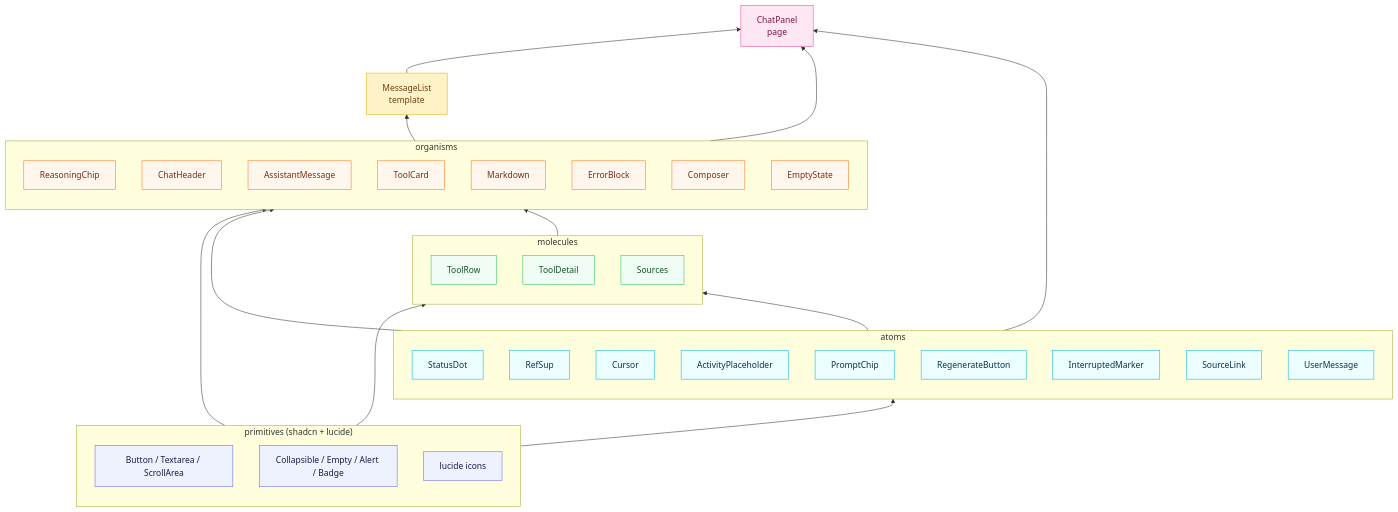
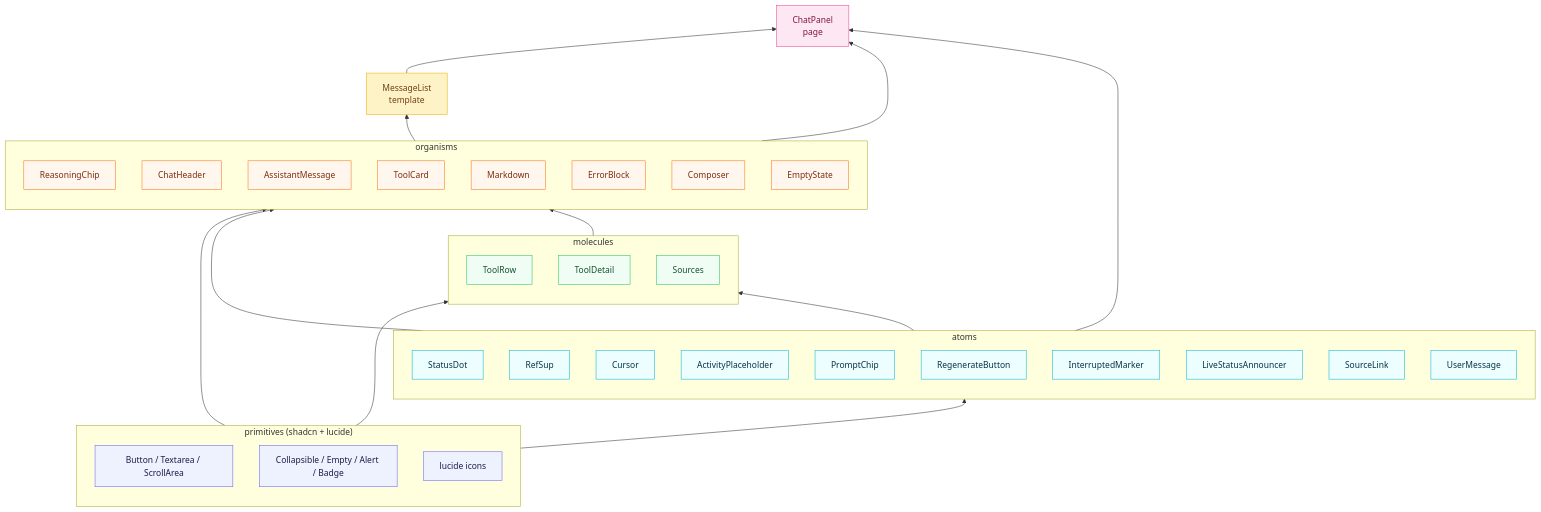
Before and after one commit to wei-yiting/fin-lab-x: the first of 4 diagrams in docs/frontend_chat_architecture.md, drawn with Mermaid. The commit also changed other lines of this file and 41 other files, not shown here.

````diff
--- a/docs/frontend_chat_architecture.md
+++ b/docs/frontend_chat_architecture.md
@@ -15,65 +15,66 @@
 ```mermaid
 flowchart BT
     subgraph primitives["primitives (shadcn + lucide)"]
         P1[Button / Textarea / ScrollArea]
         P2[Collapsible / Empty / Alert / Badge]
         P3[lucide icons]
     end
 
     subgraph atoms
         StatusDot
         RefSup
         Cursor
         ActivityPlaceholder
         PromptChip
         RegenerateButton
         InterruptedMarker
+        LiveStatusAnnouncer
         SourceLink
         UserMessage
     end
 
     subgraph molecules
         ToolRow
         ToolDetail
         Sources
     end
 
     subgraph organisms
         ReasoningChip
         ChatHeader
         AssistantMessage
         ToolCard
         Markdown
         ErrorBlock
         Composer
         EmptyState
     end
 
     MessageList[MessageList<br/>template]
     ChatPanel[ChatPanel<br/>page]
 
     primitives --> atoms
     primitives --> molecules
     primitives --> organisms
     atoms --> molecules
     atoms --> organisms
     molecules --> organisms
     organisms --> MessageList
     MessageList --> ChatPanel
     organisms --> ChatPanel
     atoms --> ChatPanel
 
     classDef primitiveCls fill:#eef2ff,stroke:#6366f1,color:#1e1b4b
     classDef atomCls fill:#ecfeff,stroke:#06b6d4,color:#083344
     classDef moleculeCls fill:#f0fdf4,stroke:#22c55e,color:#14532d
     classDef organismCls fill:#fff7ed,stroke:#f97316,color:#7c2d12
     classDef templateCls fill:#fef3c7,stroke:#eab308,color:#713f12
     classDef pageCls fill:#fce7f3,stroke:#ec4899,color:#831843
 
     class P1,P2,P3 primitiveCls
-    class StatusDot,RefSup,Cursor,ActivityPlaceholder,PromptChip,RegenerateButton,InterruptedMarker,SourceLink,UserMessage atomCls
+    class StatusDot,RefSup,Cursor,ActivityPlaceholder,PromptChip,RegenerateButton,InterruptedMarker,LiveStatusAnnouncer,SourceLink,UserMessage atomCls
     class ToolRow,ToolDetail,Sources moleculeCls
     class ReasoningChip,ChatHeader,AssistantMessage,ToolCard,Markdown,ErrorBlock,Composer,EmptyState organismCls
     class MessageList templateCls
     class ChatPanel pageCls
 ```
````
